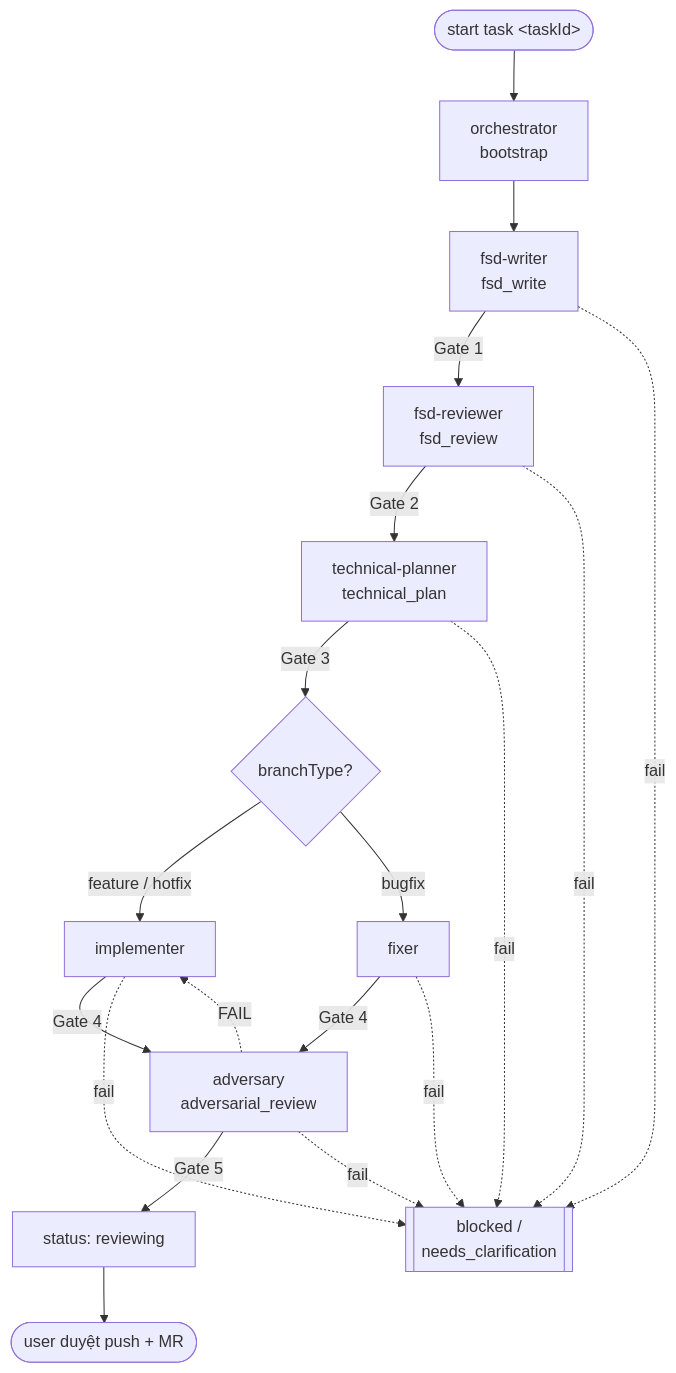
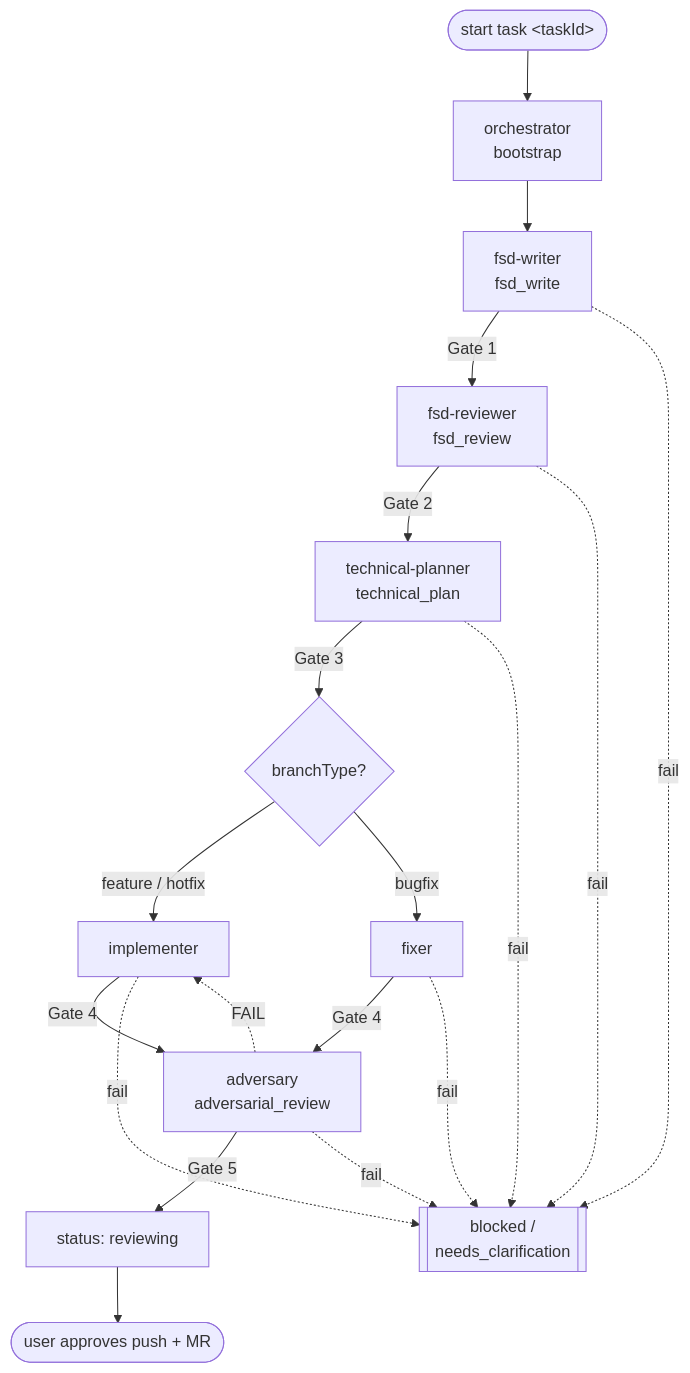
One commit to thnhtus/spec-harness changed the diagram in kernel/docs/Agents.md. Above: the diagram before and after it, drawn with Mermaid. The commit also changed other lines of this file and 3 other files, not shown here.

````diff
--- a/kernel/docs/Agents.md
+++ b/kernel/docs/Agents.md
@@ -50,22 +50,22 @@
 ```mermaid
 flowchart TD
     START([start task &lt;taskId&gt;]) --> ORCH[orchestrator<br/>bootstrap]
     ORCH --> WRITE[fsd-writer<br/>fsd_write]
     WRITE -->|Gate 1| FSD[fsd-reviewer<br/>fsd_review]
     FSD -->|Gate 2| PLAN[technical-planner<br/>technical_plan]
     PLAN -->|Gate 3| PICK{branchType?}
     PICK -->|feature / hotfix| IMPL[implementer]
     PICK -->|bugfix| FIX[fixer]
     IMPL -->|Gate 4| ADV[adversary<br/>adversarial_review]
     FIX -->|Gate 4| ADV
     ADV -->|Gate 5| REVIEW[status: reviewing]
     ADV -.FAIL.-> IMPL
-    REVIEW --> MR([user duyệt push + MR])
+    REVIEW --> MR([user approves push + MR])
 
     WRITE -.fail.-> BLOCK[[blocked /<br/>needs_clarification]]
     FSD -.fail.-> BLOCK
     PLAN -.fail.-> BLOCK
     IMPL -.fail.-> BLOCK
     FIX -.fail.-> BLOCK
     ADV -.fail.-> BLOCK
 ```
````
